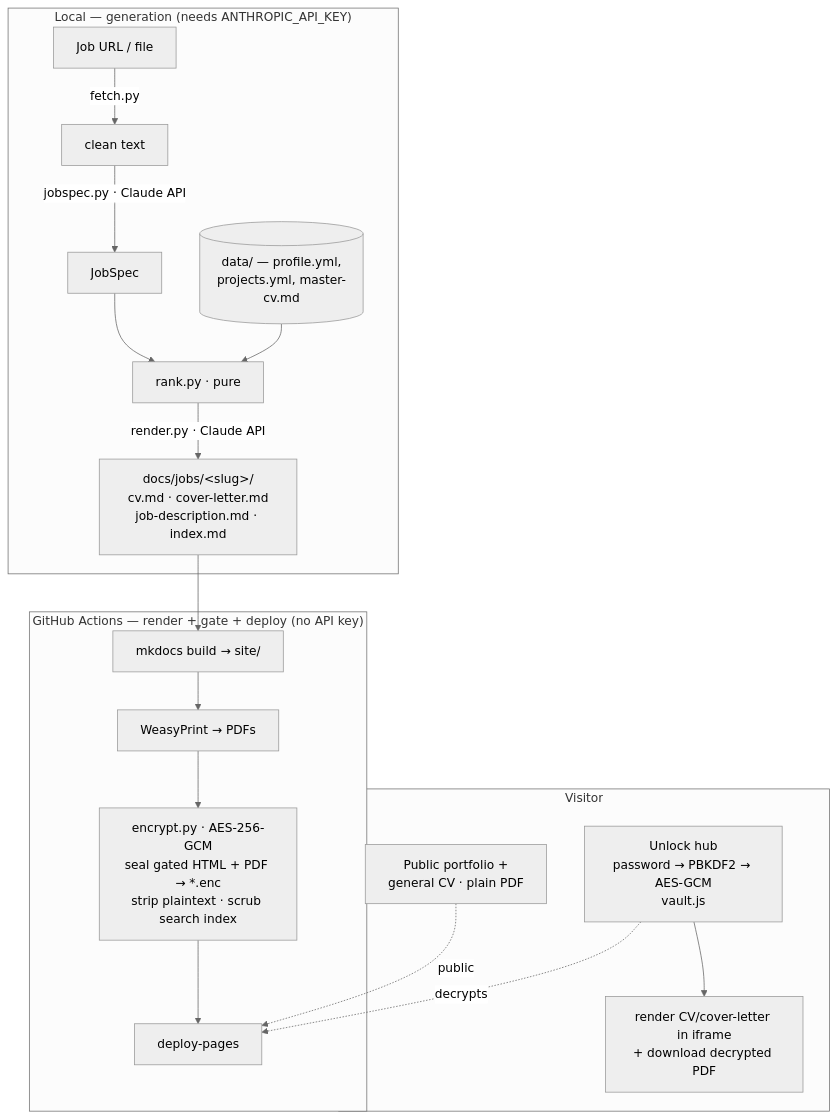
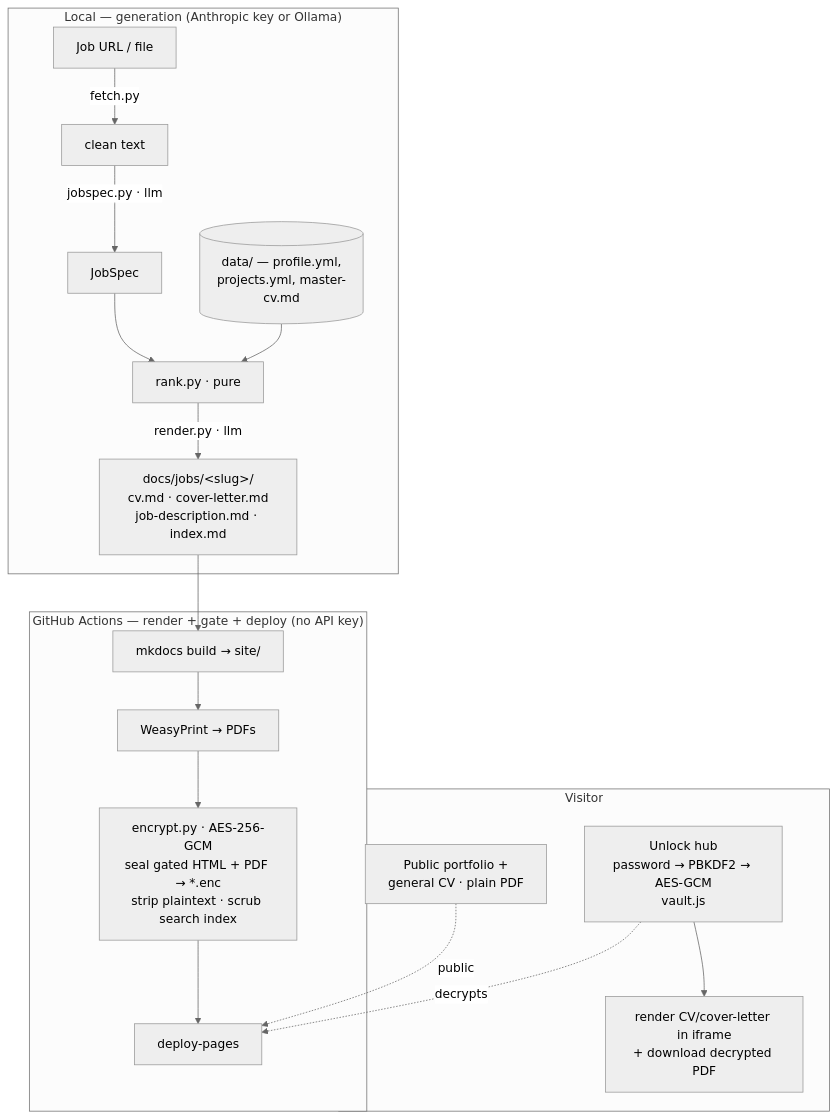
One commit to radheem/my-cv changed the first of 3 diagrams in docs/architecture.md. Above: the diagram before and after it, drawn with Mermaid (neutral theme). The commit also changed other lines of this file and 2 other files, not shown here.

First line of the commit message:
Docs: document Anthropic/Ollama providers; drop stale CV_TAILOR_BASE_URL

````diff
--- a/docs/architecture.md
+++ b/docs/architecture.md
@@ -7,23 +7,23 @@
 ```mermaid
 flowchart TB
-    subgraph local["Local — generation (needs ANTHROPIC_API_KEY)"]
+    subgraph local["Local — generation (Anthropic key or Ollama)"]
       JD[Job URL / file] -->|fetch.py| TXT[clean text]
-      TXT -->|jobspec.py · Claude API| SPEC[JobSpec]
+      TXT -->|jobspec.py · llm| SPEC[JobSpec]
       SPEC --> RANK[rank.py · pure]
       DATA[(data/ — profile.yml,\nprojects.yml, master-cv.md)] --> RANK
-      RANK -->|render.py · Claude API| OUT[docs/jobs/&lt;slug&gt;/\ncv.md · cover-letter.md\njob-description.md · index.md]
+      RANK -->|render.py · llm| OUT[docs/jobs/&lt;slug&gt;/\ncv.md · cover-letter.md\njob-description.md · index.md]
     end
 
     subgraph ci["GitHub Actions — render + gate + deploy (no API key)"]
       OUT --> MK[mkdocs build → site/]
       MK --> PDF[WeasyPrint → PDFs]
       PDF --> ENC[encrypt.py · AES-256-GCM\nseal gated HTML + PDF → *.enc\nstrip plaintext · scrub search index]
       ENC --> DEP[deploy-pages]
     end
 
     subgraph browser["Visitor"]
       PUB[Public portfolio +\ngeneral CV · plain PDF] -.public.-> DEP
       GATE[Unlock hub\npassword → PBKDF2 → AES-GCM\nvault.js] -.decrypts.-> DEP
       GATE --> SHOW[render CV/cover-letter in iframe\n+ download decrypted PDF]
     end
 ```
````
